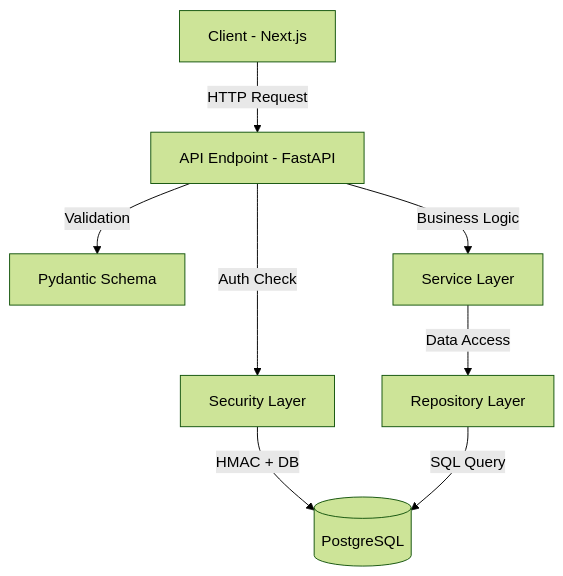
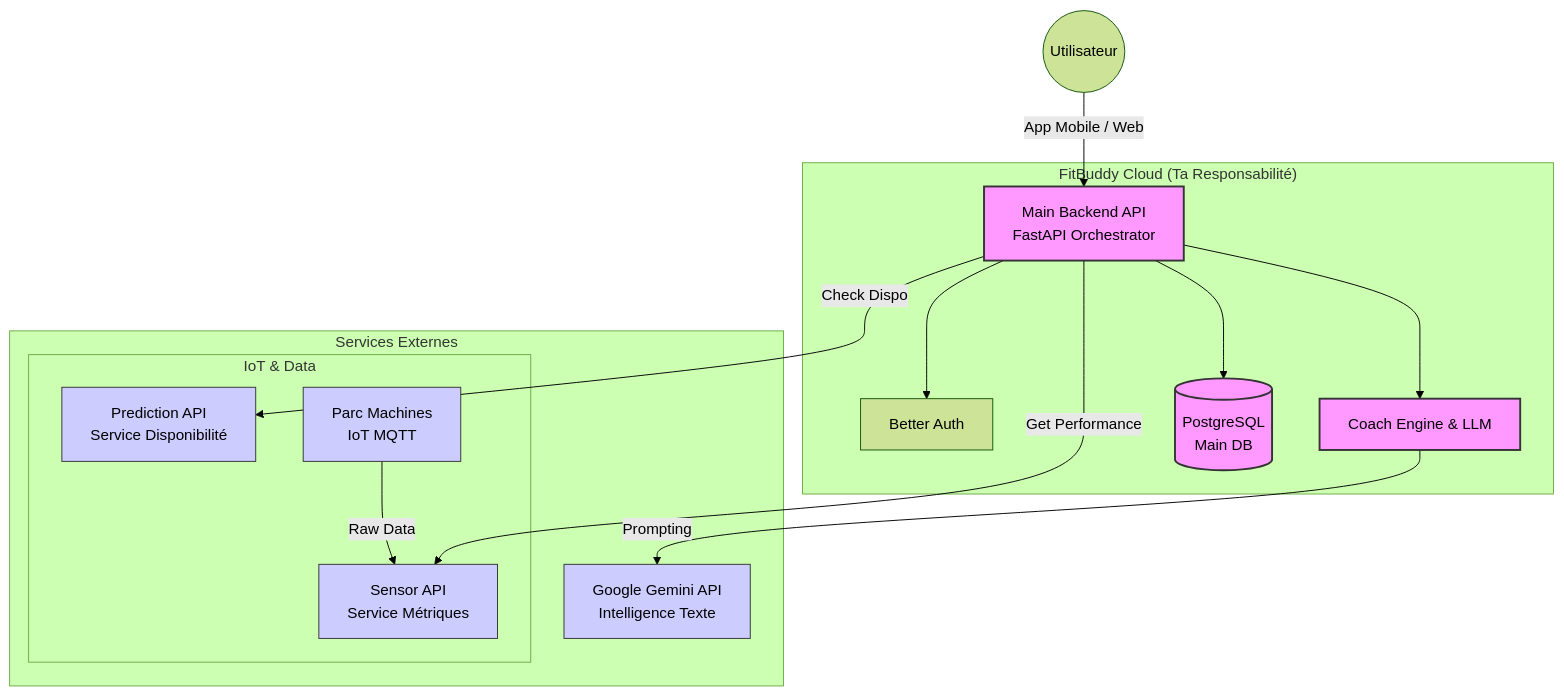
Before and after one commit to lucasbarrez/fit-buddy-backend: the first of 4 diagrams in README.md, drawn with Mermaid (forest theme). The commit also changed other lines of this file and 43 other files, not shown here.

Commit message:
doc: Add assets to build the app + worked on the architecture and first schema

````diff
--- a/README.md
+++ b/README.md
@@ -47,10 +4,40 @@
 ```mermaid
 graph TD
-    Client[Client - Next.js] -->|HTTP Request| API[API Endpoint - FastAPI]
-    API -->|Validation| Schema[Pydantic Schema]
-    API -->|Auth Check| Auth[Security Layer]
-    Auth -->|HMAC + DB| DB[(PostgreSQL)]
-    API -->|Business Logic| Service[Service Layer]
-    Service -->|Data Access| Repo[Repository Layer]
-    Repo -->|SQL Query| DB
+    %% Clients
+    User((Utilisateur)) -->|App Mobile / Web| Gateway[Main Backend API<br/>FastAPI Orchestrator]
+
+    %% Main Backend
+    subgraph "FitBuddy Cloud (Ta Responsabilité)"
+        Gateway
+        Auth[Better Auth]
+        LLM_Engine[Coach Engine & LLM]
+        DB[(PostgreSQL<br/>Main DB)]
+        
+        Gateway --> Auth
+        Gateway --> LLM_Engine
+        Gateway --> DB
+    end
+
+    %% External Services
+    subgraph "Services Externes"
+        Gemini[Google Gemini API<br/>Intelligence Texte]
+        
+        subgraph "IoT & Data"
+            PredictionAPI[Prediction API<br/>Service Disponibilité]
+            SensorAPI[Sensor API<br/>Service Métriques]
+            Machines[Parc Machines<br/>IoT MQTT]
+        end
+    end
+
+    %% Flux
+    LLM_Engine -->|Prompting| Gemini
+    Gateway -->|Check Dispo| PredictionAPI
+    Gateway -->|Get Performance| SensorAPI
+    Machines -->|Raw Data| SensorAPI
+
+    classDef main fill:#f9f,stroke:#333,stroke-width:2px;
+    classDef ext fill:#ccf,stroke:#333,stroke-width:1px;
+    class Gateway,DB,LLM_Engine main;
+    class Gemini,PredictionAPI,SensorAPI,Machines ext;
+
 ```
````
